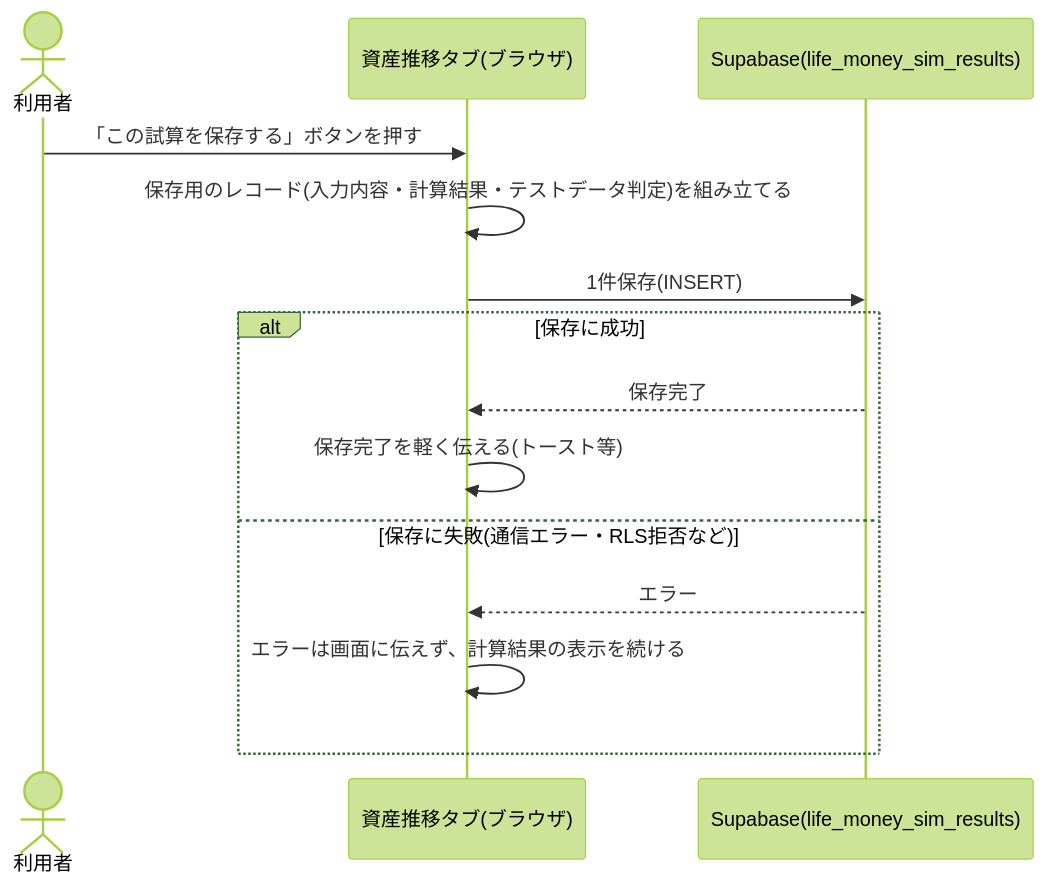
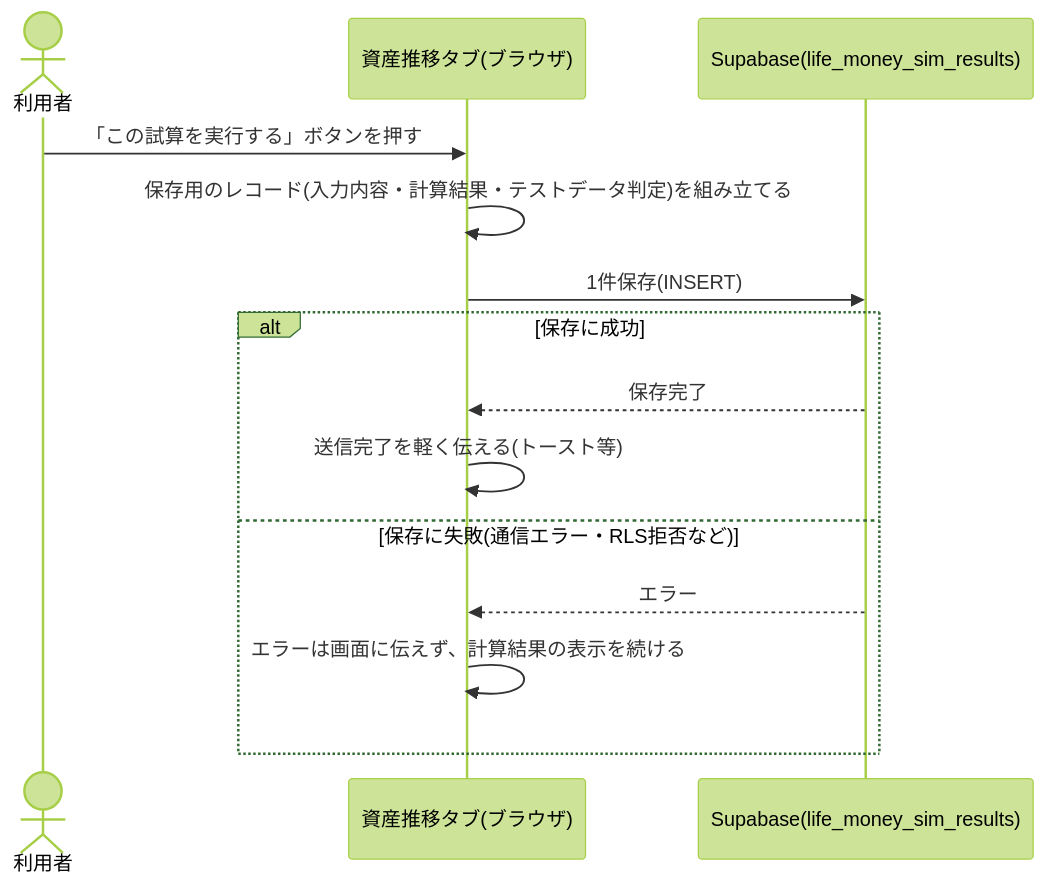
One commit to zakiyama0108/benriyatool changed the diagram in specs/life-money-sim/save-result/design.md. Above: the diagram before and after it, drawn with Mermaid (forest theme). The commit also changed other lines of this file and 5 other files, not shown here.

````diff
--- a/specs/life-money-sim/save-result/design.md
+++ b/specs/life-money-sim/save-result/design.md
@@ -22,17 +23,17 @@
 ```mermaid
 sequenceDiagram
     actor user as 利用者
     participant screen as 資産推移タブ(ブラウザ)
     participant db as Supabase(life_money_sim_results)
 
-    user ->> screen: 「この試算を保存する」ボタンを押す
+    user ->> screen: 「この試算を実行する」ボタンを押す
     screen ->> screen: 保存用のレコード(入力内容・計算結果・テストデータ判定)を組み立てる
     screen ->> db: 1件保存(INSERT)
     alt 保存に成功
         db -->> screen: 保存完了
-        screen ->> screen: 保存完了を軽く伝える(トースト等)
+        screen ->> screen: 送信完了を軽く伝える(トースト等)
     else 保存に失敗(通信エラー・RLS拒否など)
         db -->> screen: エラー
         screen ->> screen: エラーは画面に伝えず、計算結果の表示を続ける
     end
 ```
````
